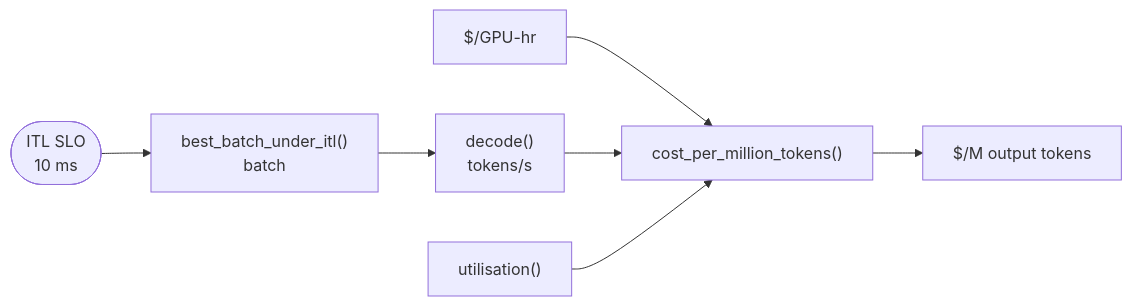
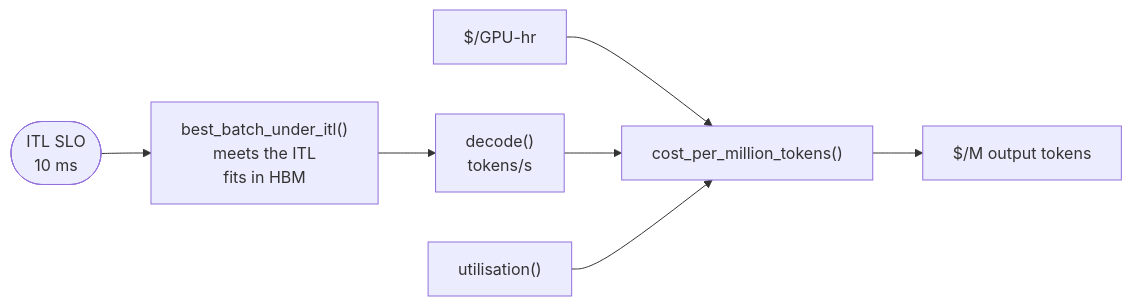
One commit to aniryou/full-stack-agentic-engineer changed the diagram in 01-hardware-gpu-fabric/roofline-and-fabric/PRIMER.md. Above: the diagram before and after it, drawn with Mermaid. The commit also changed 49 other files, not shown here.

````diff
--- a/01-hardware-gpu-fabric/roofline-and-fabric/PRIMER.md
+++ b/01-hardware-gpu-fabric/roofline-and-fabric/PRIMER.md
@@ -789,9 +789,9 @@
 ```mermaid
 flowchart LR
-  SLO(["ITL SLO<br/>10 ms"]) --> B["best_batch_under_itl()<br/>batch"]
+  SLO(["ITL SLO<br/>10 ms"]) --> B["best_batch_under_itl()<br/>meets the ITL<br/>fits in HBM"]
   B --> T["decode()<br/>tokens/s"]
   P["$/GPU-hr"] --> C
   T --> C["cost_per_million_tokens()"]
   U["utilisation()"] --> C
   C --> R["$/M output tokens"]
 ```
````
